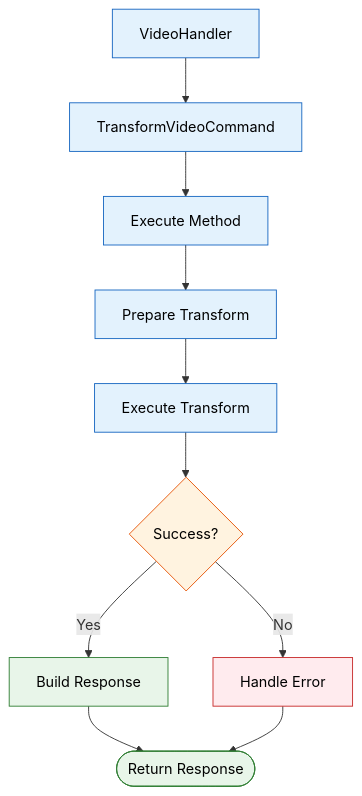
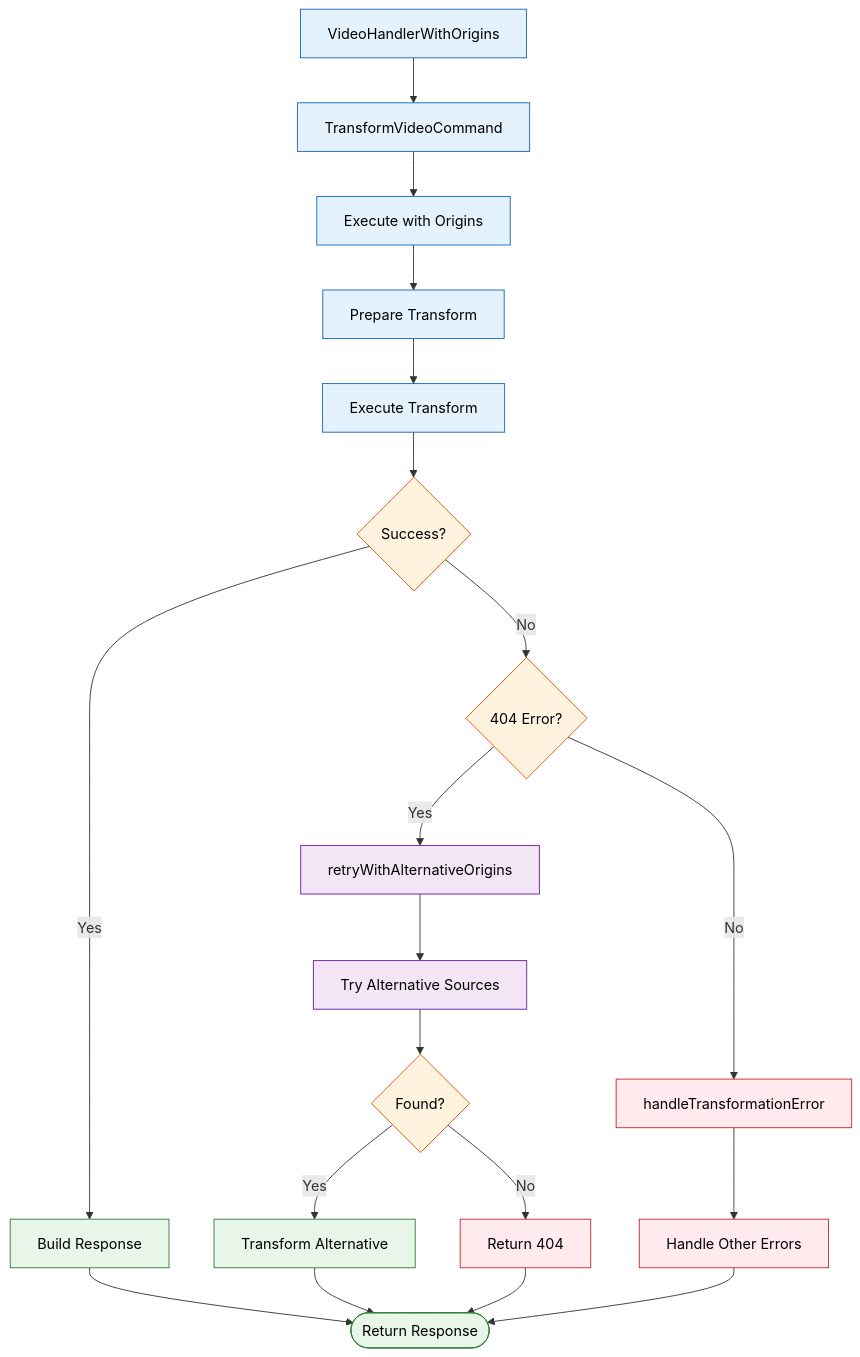
The fifth of 16 diagrams in README.md (erfianugrah/video-resizer), drawn with Mermaid before and after one commit. The commit also changed other lines of this file and 1 other file, not shown here.

First line of the commit message:
docs: update mermaid diagrams to reflect current architecture

````diff
--- a/README.md
+++ b/README.md
@@ -361,26 +370,34 @@
 ```mermaid
 flowchart TB
     %% Define node styles with high contrast colors
     classDef process fill:#E3F2FD,stroke:#1565C0,color:#000000;
     classDef decision fill:#FFF3E0,stroke:#E65100,color:#000000;
     classDef success fill:#E8F5E9,stroke:#2E7D32,color:#000000;
     classDef error fill:#FFEBEE,stroke:#C62828,color:#000000;
+    classDef retry fill:#F3E5F5,stroke:#6A1B9A,color:#000000;
 
-    %% Command flow
-    A[VideoHandler] --> B[TransformVideoCommand]
-    B --> C[Execute Method]
+    %% Command flow with Origins
+    A[VideoHandlerWithOrigins] --> B[TransformVideoCommand]
+    B --> C[Execute with Origins]
     C --> D[Prepare Transform]
     D --> E[Execute Transform]
     E --> F{Success?}
     F -->|Yes| G[Build Response]
-    F -->|No| H[Handle Error]
-    G --> I([Return Response])
-    H --> I
+    F -->|No| H{404 Error?}
+    H -->|Yes| J[retryWithAlternativeOrigins]
+    H -->|No| K[handleTransformationError]
+    J --> L[Try Alternative Sources]
+    L --> M{Found?}
+    M -->|Yes| N[Transform Alternative]
+    M -->|No| O[Return 404]
+    K --> P[Handle Other Errors]
+    G & N & O & P --> I([Return Response])
 
     %% Apply styles
     class A,B,C,D,E process
-    class F decision
-    class G success
-    class H error
+    class F,H,M decision
+    class G,N success
+    class K,O,P error
+    class J,L retry
     class I success
 ```
````
